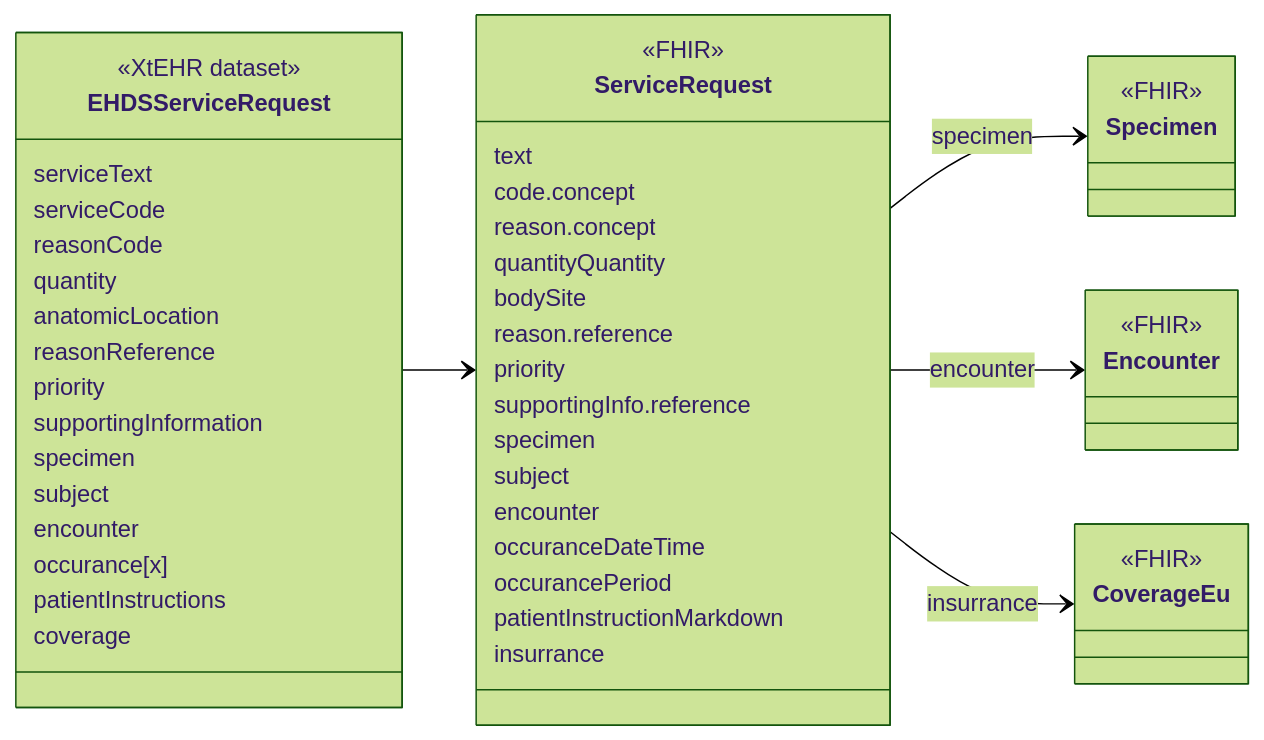
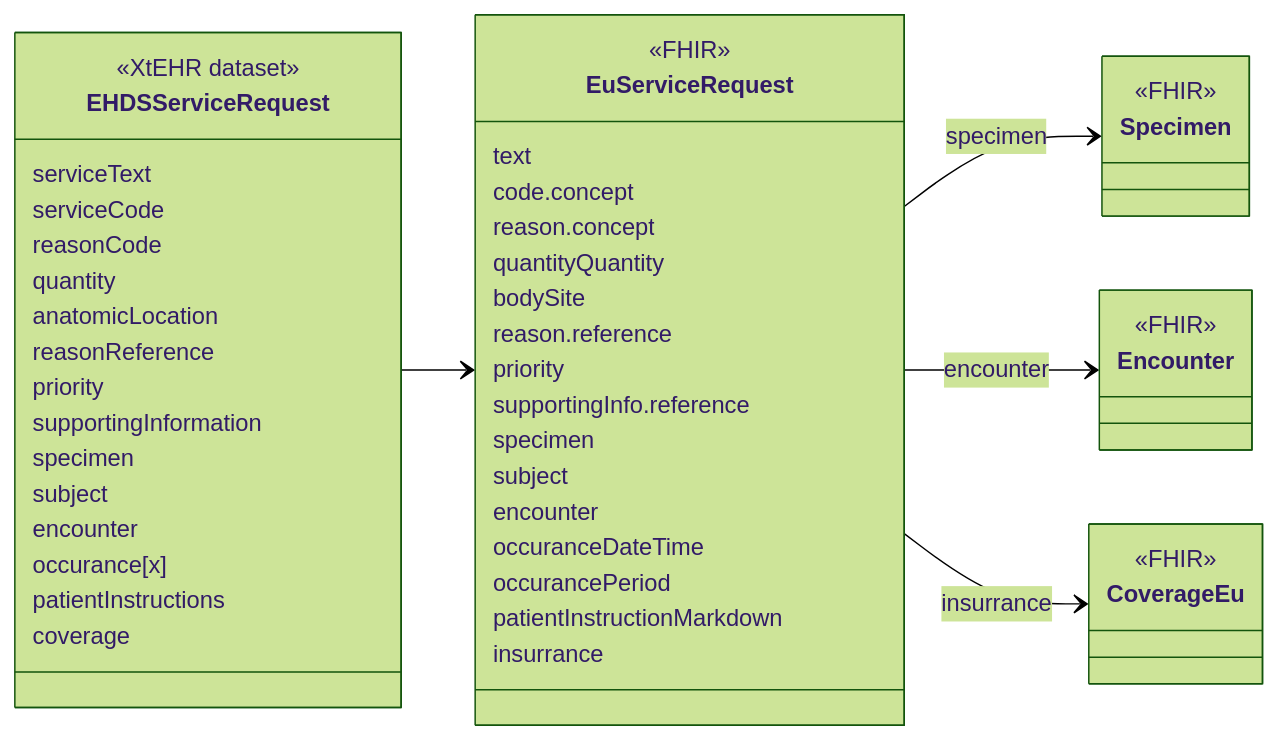
One commit to oijauregui/ehdsimaging changed the diagram in input/intro-notes/ConceptMap-EHDSServiceRequestMap-intro.md. Above: the diagram before and after it, drawn with Mermaid (forest theme). The commit also changed 138 other files, not shown here.

````diff
--- a/input/intro-notes/ConceptMap-EHDSServiceRequestMap-intro.md
+++ b/input/intro-notes/ConceptMap-EHDSServiceRequestMap-intro.md
@@ -5,54 +5,54 @@
 ```mermaid
 classDiagram
 direction LR
 class EHDSServiceRequest {
   <<XtEHR dataset>>
   serviceText
   serviceCode
   reasonCode
   quantity
   anatomicLocation
   reasonReference
   priority
   supportingInformation
   specimen
   subject
   encounter
   occurance[x]
   patientInstructions
   coverage
 }
 link EHDSServiceRequest "https://build.fhir.org/ig/Xt-EHR/xt-ehr-common/StructureDefinition-EHDSServiceRequest.html"
-class ServiceRequest{
+class EuServiceRequest{
   <<FHIR>>
   text
   code.concept
   reason.concept
   quantityQuantity
   bodySite
   reason.reference
   priority
   supportingInfo.reference
   specimen
   subject
   encounter
   occuranceDateTime
   occurancePeriod
   patientInstructionMarkdown
   insurrance
 }
 
 class Specimen {
   <<FHIR>>
 }
 class Encounter {
   <<FHIR>>
 }
 class CoverageEu {
   <<FHIR>>
 }
-EHDSServiceRequest --> ServiceRequest
-ServiceRequest --> Specimen : specimen
-ServiceRequest --> Encounter : encounter
-ServiceRequest --> CoverageEu : insurrance
+EHDSServiceRequest --> EuServiceRequest
+EuServiceRequest --> Specimen : specimen
+EuServiceRequest --> Encounter : encounter
+EuServiceRequest --> CoverageEu : insurrance
 ```
````
